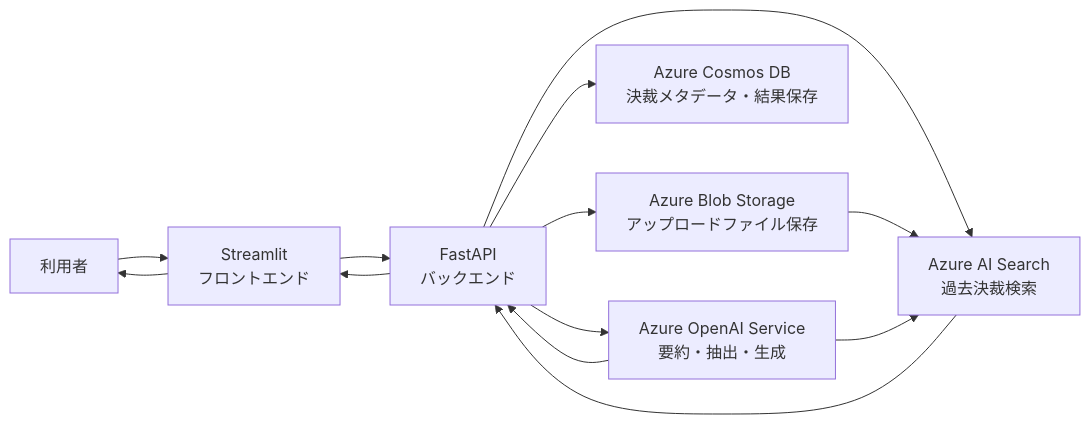
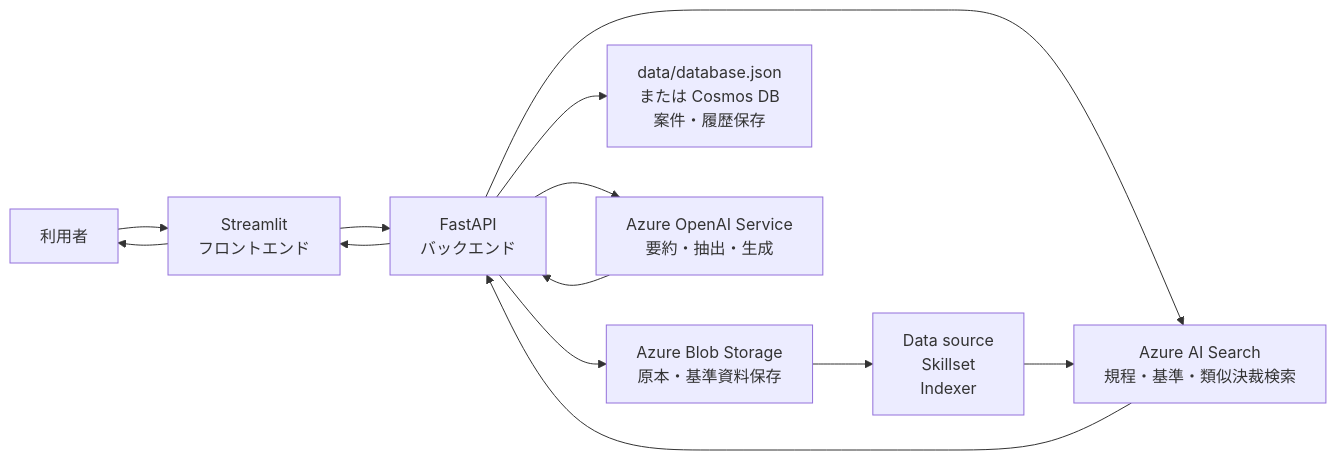
Before and after one commit to intaegi/ai_assist_project: the first of 3 diagrams in docs/decision_rag_presentation_outline_ja.md, drawn with Mermaid. The commit also changed other lines of this file and 10 other files, not shown here.

Commit message:
Align UI sections and update RAG flow docs

````diff
--- a/docs/decision_rag_presentation_outline_ja.md
+++ b/docs/decision_rag_presentation_outline_ja.md
@@ -25,16 +25,16 @@
 ```mermaid
 flowchart LR
     User["利用者"] --> UI["Streamlit<br/>フロントエンド"]
     UI --> API["FastAPI<br/>バックエンド"]
-    API --> Blob["Azure Blob Storage<br/>アップロードファイル保存"]
-    API --> Cosmos["Azure Cosmos DB<br/>決裁メタデータ・結果保存"]
-    API --> Search["Azure AI Search<br/>過去決裁検索"]
+    API --> Blob["Azure Blob Storage<br/>原本・基準資料保存"]
+    API --> Store["data/database.json<br/>または Cosmos DB<br/>案件・履歴保存"]
+    API --> Search["Azure AI Search<br/>規程・基準・類似決裁検索"]
     API --> AOAI["Azure OpenAI Service<br/>要約・抽出・生成"]
+    Blob --> DS["Data source<br/>Skillset<br/>Indexer"]
+    DS --> Search
 
-    Blob --> Search
-    AOAI --> Search
     Search --> API
     AOAI --> API
     API --> UI
     UI --> User
 ```
````
